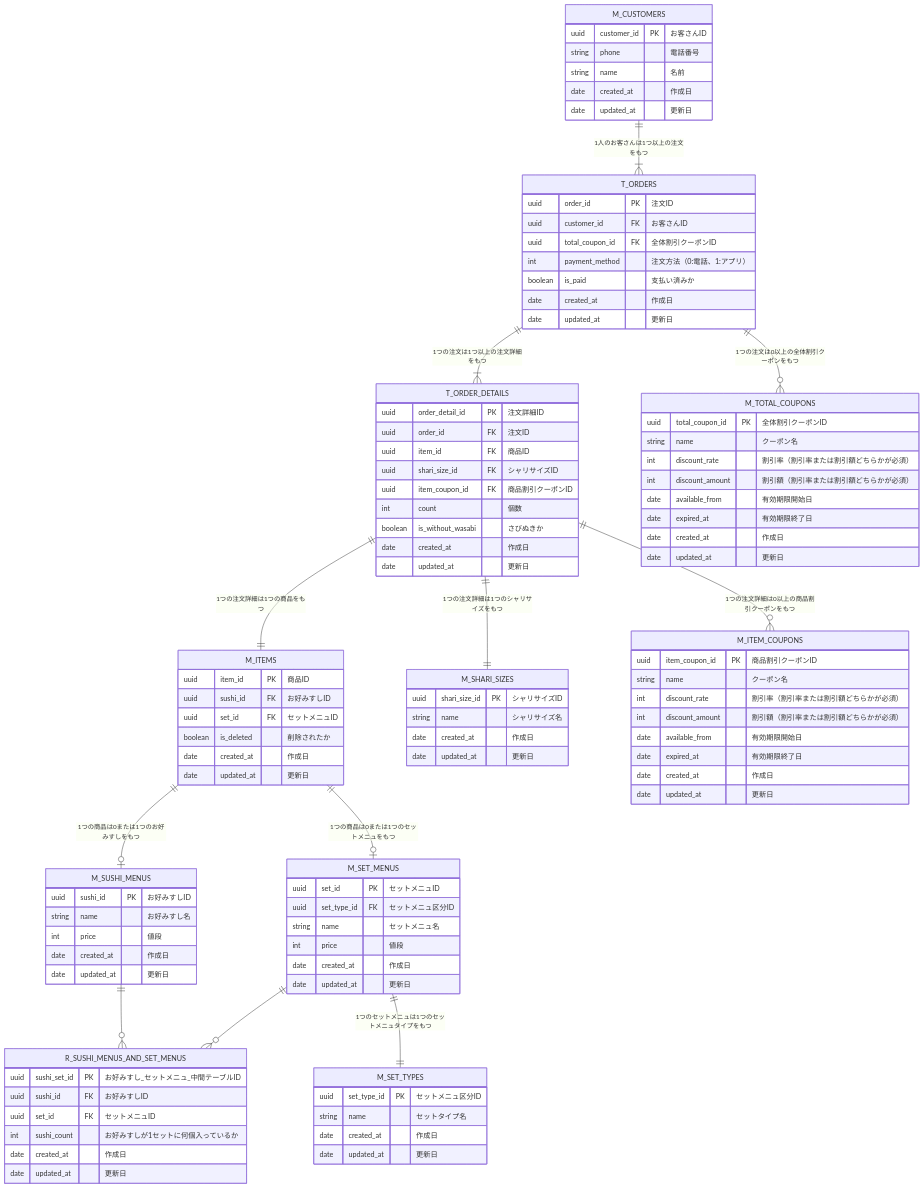
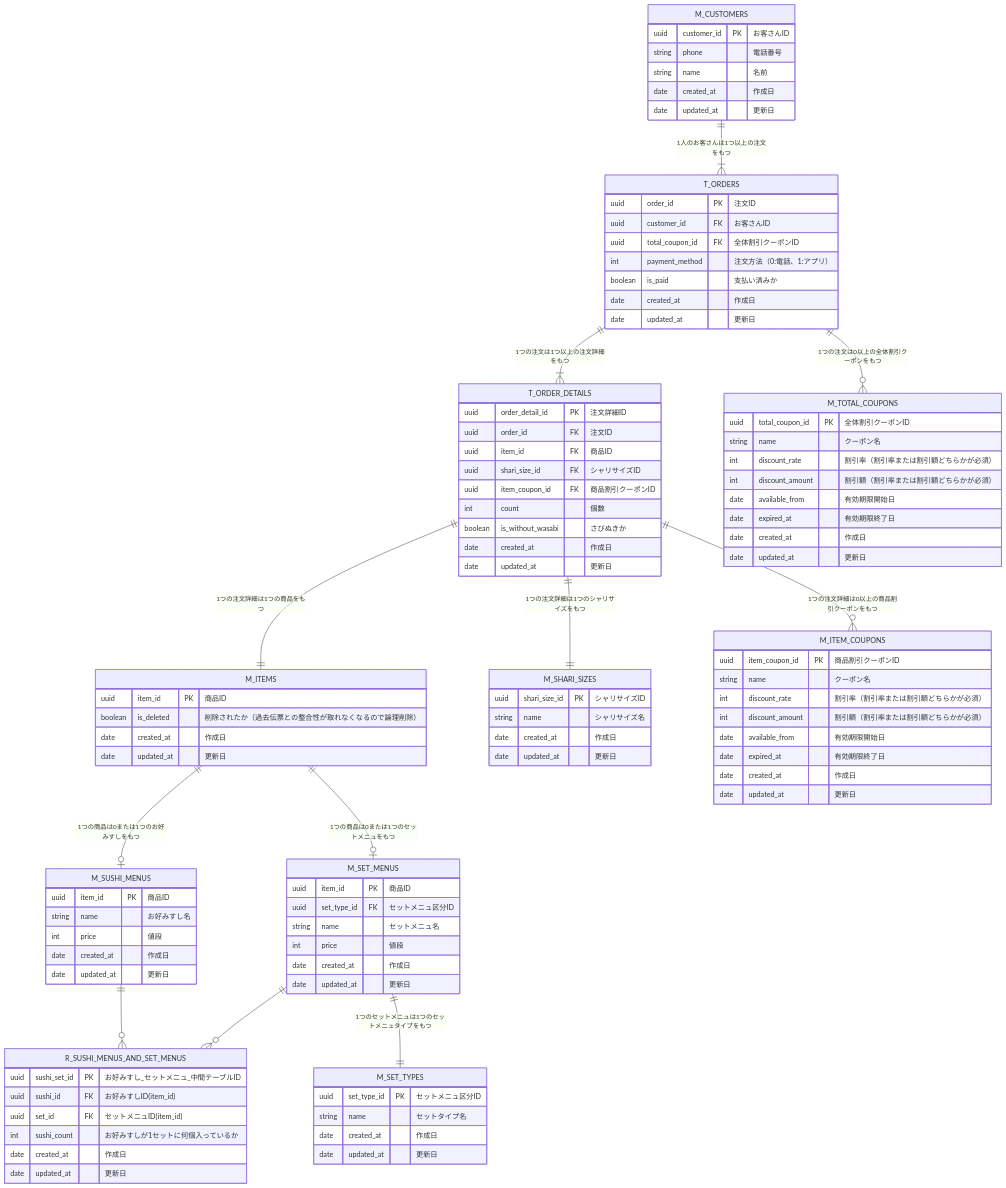
One commit to praha-inc/praha-challenge-7 changed the diagram in F0yWy8HaLlWoST/01_データベース設計/01_DBモデリング1/kadai_03.md. Above: the diagram before and after it, drawn with Mermaid. The commit also changed 5 other files, not shown here.

```diff
--- a/F0yWy8HaLlWoST/01_データベース設計/01_DBモデリング1/kadai_03.md
+++ b/F0yWy8HaLlWoST/01_データベース設計/01_DBモデリング1/kadai_03.md
@@ -29,15 +29,13 @@
 
   M_ITEMS {
     uuid item_id PK "商品ID"
-    uuid sushi_id FK "お好みすしID"
-    uuid set_id FK "セットメニュID"
-    boolean is_deleted "削除されたか"
+    boolean is_deleted "削除されたか（過去伝票との整合性が取れなくなるので論理削除）"
     date created_at "作成日"
     date updated_at "更新日"
   }
 
   M_SUSHI_MENUS {
-    uuid sushi_id PK "お好みすしID"
+    uuid item_id PK "商品ID"
     string name "お好みすし名"
     int price "値段"
     date created_at "作成日"
@@ -45,7 +43,7 @@
   }
 
   M_SET_MENUS {
-    uuid set_id PK "セットメニュID"
+    uuid item_id PK "商品ID"
     uuid set_type_id FK "セットメニュ区分ID"
     string name "セットメニュ名"
     int price "値段"
@@ -55,8 +53,8 @@
 
   R_SUSHI_MENUS_AND_SET_MENUS {
     uuid sushi_set_id PK "お好みすし_セットメニュ_中間テーブルID"
-    uuid sushi_id FK "お好みすしID"
-    uuid set_id FK "セットメニュID"
+    uuid sushi_id FK "お好みすしID(item_id)"
+    uuid set_id FK "セットメニュID(item_id)"
     int sushi_count "お好みすしが1セットに何個入っているか" 
     date created_at "作成日"
     date updated_at "更新日"
```
